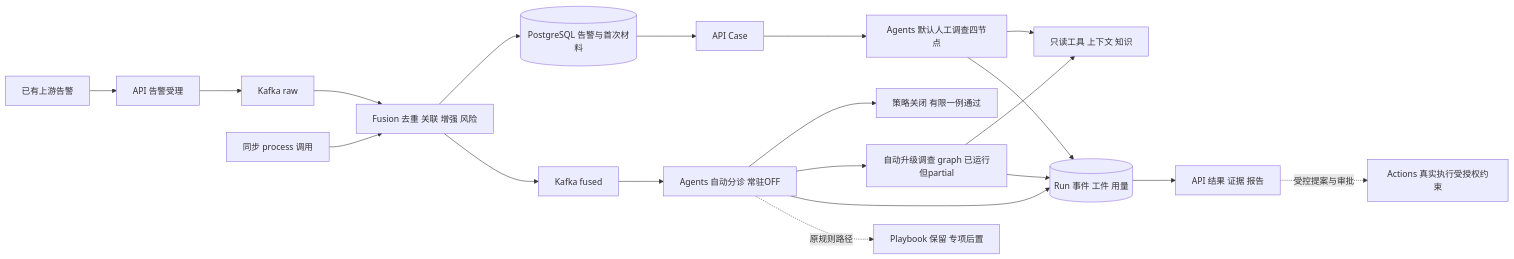
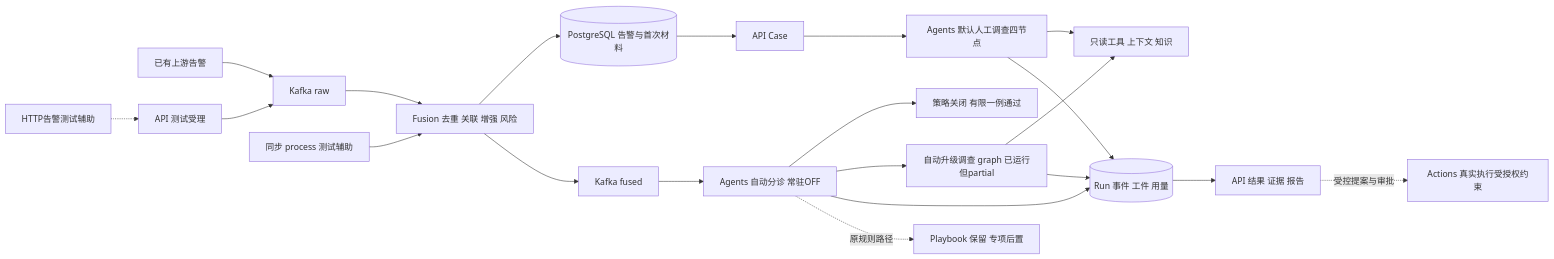
The diagram in docs/architecture/alert-processing.md (Dinines/socai2), drawn with Mermaid before and after one commit. The commit also changed other lines of this file and 128 other files, not shown here.

````diff
--- a/docs/architecture/alert-processing.md
+++ b/docs/architecture/alert-processing.md
@@ -18,22 +22,23 @@
 ```mermaid
 flowchart LR
-    Input[已有上游告警] --> Ingress[API 告警受理]
+    Input[已有上游告警] --> Raw[Kafka raw]
+    TestInput[HTTP告警测试辅助] -.-> Ingress[API 测试受理]
     Ingress --> Raw[Kafka raw]
     Raw --> Fusion[Fusion 去重 关联 增强 风险]
-    Direct[同步 process 调用] --> Fusion
+    Direct[同步 process 测试辅助] --> Fusion
     Fusion --> PG[(PostgreSQL 告警与首次材料)]
     Fusion --> Fused[Kafka fused]
     Fused --> Triage[Agents 自动分诊 常驻OFF]
     Triage --> Close[策略关闭 有限一例通过]
     Triage --> Graph[自动升级调查 graph 已运行但partial]
     PG --> Case[API Case]
     Case --> Manual[Agents 默认人工调查四节点]
     Manual --> Context[只读工具 上下文 知识]
     Graph --> Context
     Manual --> Ledger[(Run 事件 工件 用量)]
     Graph --> Ledger
     Triage --> Ledger
     Ledger --> Read[API 结果 证据 报告]
     Triage -.原规则路径.-> PB[Playbook 保留 专项后置]
     Read -.受控提案与审批.-> Actions[Actions 真实执行受授权约束]
 ```
````
